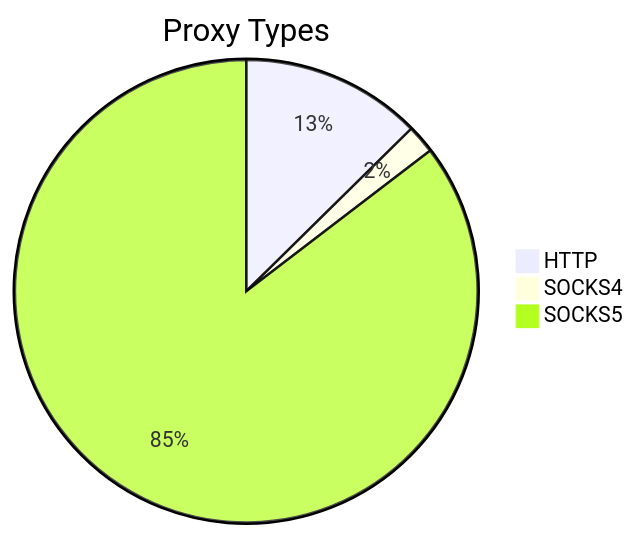
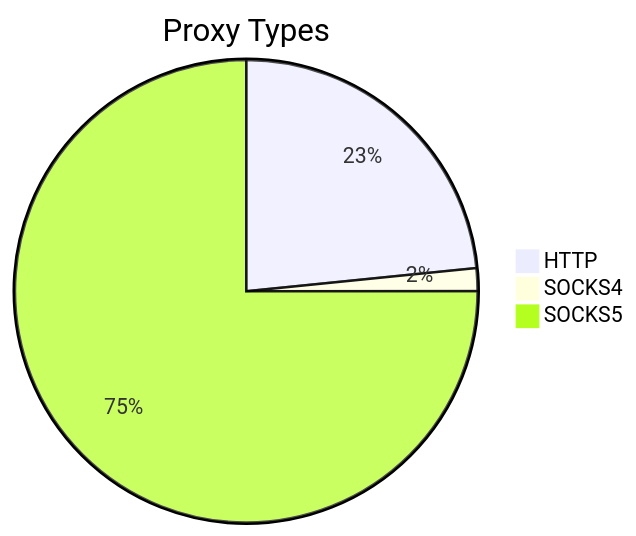
Before and after one commit to stormsia/proxy-list: the first of 2 diagrams in README.md, drawn with Mermaid. The commit also changed other lines of this file, not shown here.

````diff
--- a/README.md
+++ b/README.md
@@ -21,6 +21,6 @@
 ```mermaid
 pie title Proxy Types
-    "HTTP" : 222
-    "SOCKS4" : 35
-    "SOCKS5" : 1502
+    "HTTP" : 325
+    "SOCKS4" : 22
+    "SOCKS5" : 1042
 ```
````
